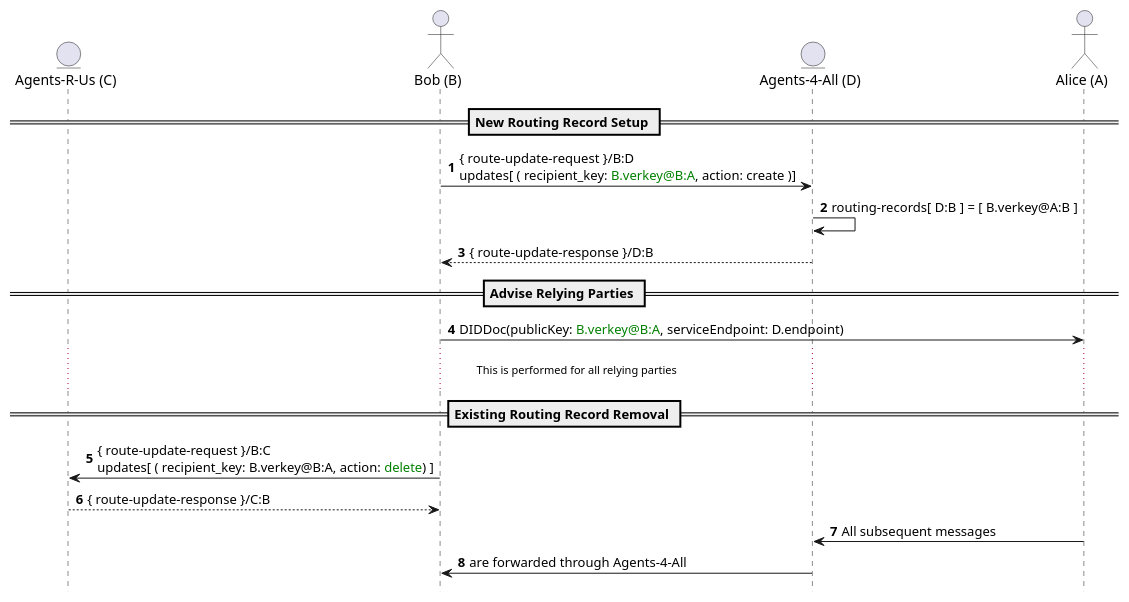
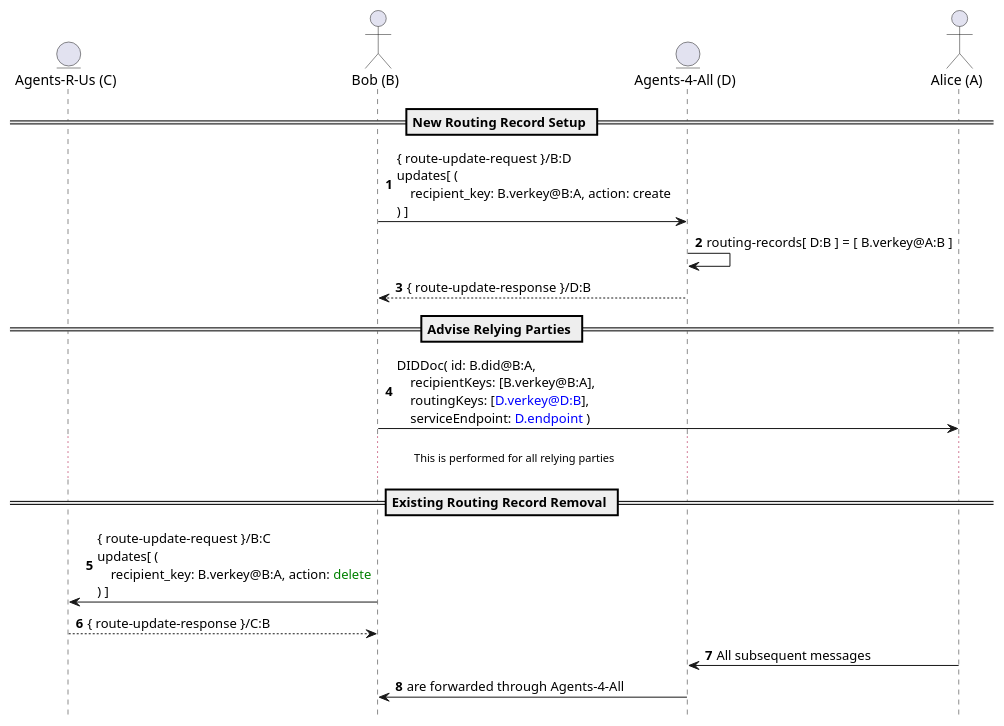
The diagram in text/agent-message-routing/change_agent_mediator_sequence.puml (cywolf/indy-hipe), drawn with PlantUML before and after one commit. The commit also changed 3 other files, not shown here.

Commit message:
further diagram updates

```diff
--- a/text/agent-message-routing/change_agent_mediator_sequence.puml
+++ b/text/agent-message-routing/change_agent_mediator_sequence.puml
@@ -1,30 +1,30 @@
 @startuml "change agent mediator sequence"
 autonumber
 hide footbox
 
 entity "Agents-R-Us (C)" as Charles
 actor "Bob (B)" as Bob
 entity "Agents-4-All (D)" as Delta
 actor "Alice (A)" as Alice
 
 == New Routing Record Setup ==
 
-Bob -> Delta : { route-update-request }/B:D\nupdates[ ( recipient_key: <color green>B.verkey@B:A</color>, action: create )]
+Bob -> Delta : { route-update-request }/B:D\nupdates[ (\n    recipient_key: B.verkey@B:A, action: create\n) ]
 Delta -> Delta : routing-records[ D:B ] = [ B.verkey@A:B ]
 Bob <-- Delta : { route-update-response }/D:B
 
 == Advise Relying Parties ==
 
-Bob -> Alice : DIDDoc(publicKey: <color green>B.verkey@B:A</color>, serviceEndpoint: D.endpoint)
+Bob -> Alice : DIDDoc( id: B.did@B:A,\n    recipientKeys: [B.verkey@B:A],\n    routingKeys: [<color blue>D.verkey@D:B</color>],\n    serviceEndpoint: <color blue>D.endpoint</color> )
 
 ... This is performed for all relying parties ...
 
 == Existing Routing Record Removal ==
 
-Bob -> Charles : { route-update-request }/B:C\nupdates[ ( recipient_key: B.verkey@B:A, action: <color green>delete</color>) ]
+Bob -> Charles : { route-update-request }/B:C\nupdates[ (\n    recipient_key: B.verkey@B:A, action: <color green>delete</color>\n) ]
 Bob <-- Charles : { route-update-response }/C:B
 
 Alice -> Delta : All subsequent messages
 Delta -> Bob : are forwarded through Agents-4-All
 
 @enduml
```
